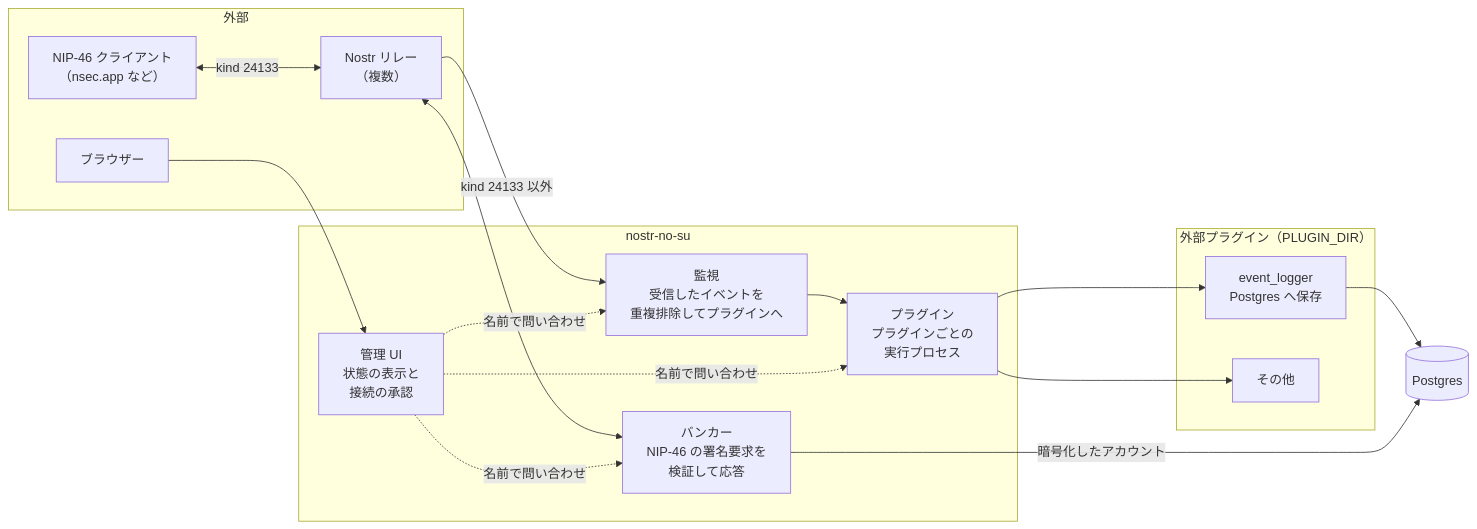
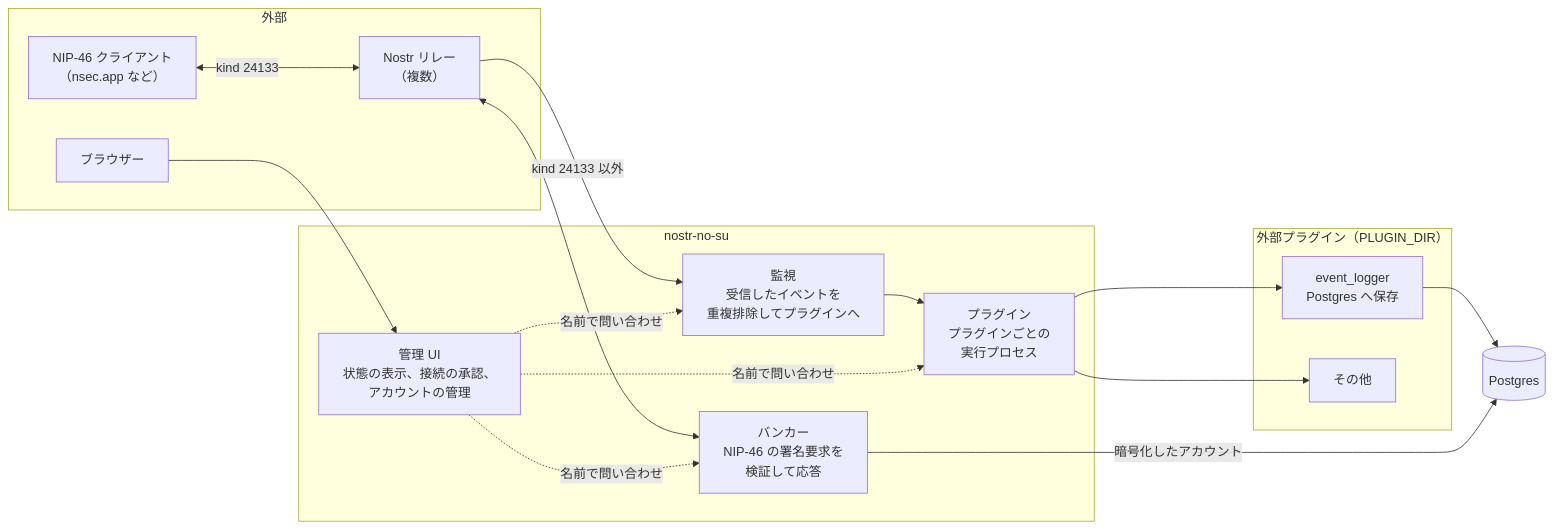
Before and after one commit to neverclear86/nostr-no-su: the first of 8 diagrams in docs/architecture.md, drawn with Mermaid. The commit also changed other lines of this file and 15 other files, not shown here.

````diff
--- a/docs/architecture.md
+++ b/docs/architecture.md
@@ -15,33 +15,33 @@
 ```mermaid
 flowchart LR
     subgraph external["外部"]
         relays["Nostr リレー<br/>（複数）"]
         client["NIP-46 クライアント<br/>（nsec.app など）"]
         browser["ブラウザー"]
     end
 
     subgraph host["nostr-no-su"]
         monitor["監視<br/>受信したイベントを<br/>重複排除してプラグインへ"]
         bunker["バンカー<br/>NIP-46 の署名要求を<br/>検証して応答"]
         plugins["プラグイン<br/>プラグインごとの<br/>実行プロセス"]
-        admin["管理 UI<br/>状態の表示と<br/>接続の承認"]
+        admin["管理 UI<br/>状態の表示、接続の承認、<br/>アカウントの管理"]
     end
 
     subgraph ext_plugins["外部プラグイン（PLUGIN_DIR）"]
         event_logger["event_logger<br/>Postgres へ保存"]
         others["その他"]
     end
 
     relays -->|"kind 24133 以外"| monitor
     monitor --> plugins
     plugins --> event_logger
     plugins --> others
     client <-->|"kind 24133"| relays
     relays <--> bunker
     browser --> admin
     admin -.->|"名前で問い合わせ"| monitor
     admin -.->|"名前で問い合わせ"| bunker
     admin -.->|"名前で問い合わせ"| plugins
     event_logger --> postgres[("Postgres")]
     bunker -->|"暗号化したアカウント"| postgres
 ```
````
